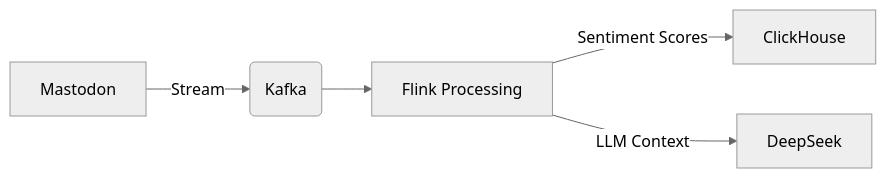
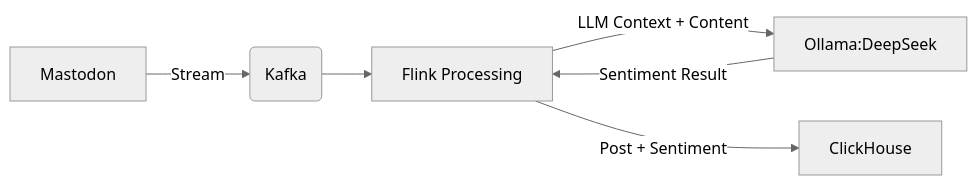
Before and after one commit to ajihsan/ultimate-data-pipeline: the second of 2 diagrams in real_time_pipeline/README.md, drawn with Mermaid (neutral theme). The commit also changed other lines of this file, not shown here.

Commit message:
update graph in readme

````diff
--- a/real_time_pipeline/README.md
+++ b/real_time_pipeline/README.md
@@ -65,7 +65,8 @@
 ```mermaid
 graph LR
     A[Mastodon] -->|Stream| B(Kafka)
     B --> C[Flink Processing]
-    C -->|Sentiment Scores| D[ClickHouse]
-    C -->|LLM Context| E[DeepSeek]
+    C -->|LLM Context + Content| E[Ollama:DeepSeek]
+    E -->|Sentiment Result| C[Flink Processing]
+    C -->|Post + Sentiment| D[ClickHouse]
 ```
````
